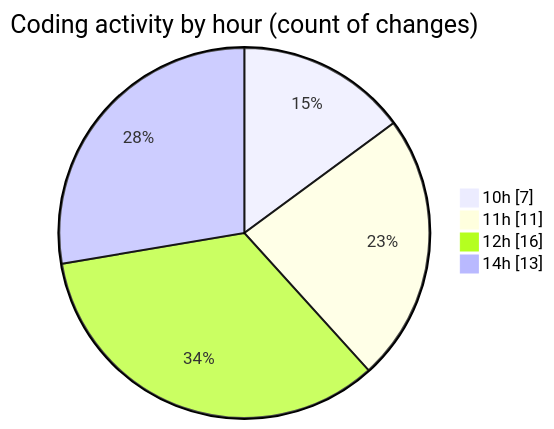
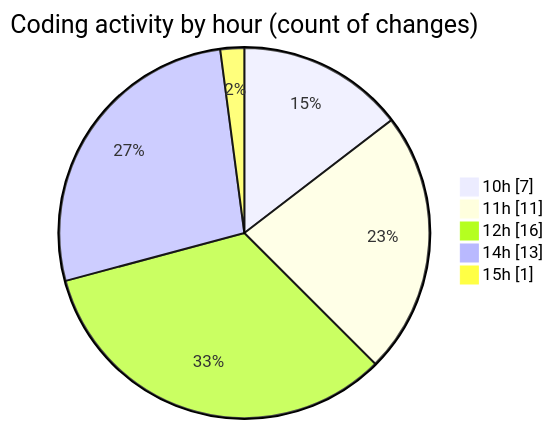
One commit to igalym/code-tracking changed the second of 2 diagrams in 2026-03-31/cinema/README.md. Above: the diagram before and after it, drawn with Mermaid. The commit also changed other lines of this file and 1 other file, not shown here.

````diff
--- a/2026-03-31/cinema/README.md
+++ b/2026-03-31/cinema/README.md
@@ -44,8 +45,9 @@
 ```mermaid
 pie showData
 title Coding activity by hour (count of changes)
 "10h" : 7
 "11h" : 11
 "12h" : 16
 "14h" : 13
+"15h" : 1
 ```
````
